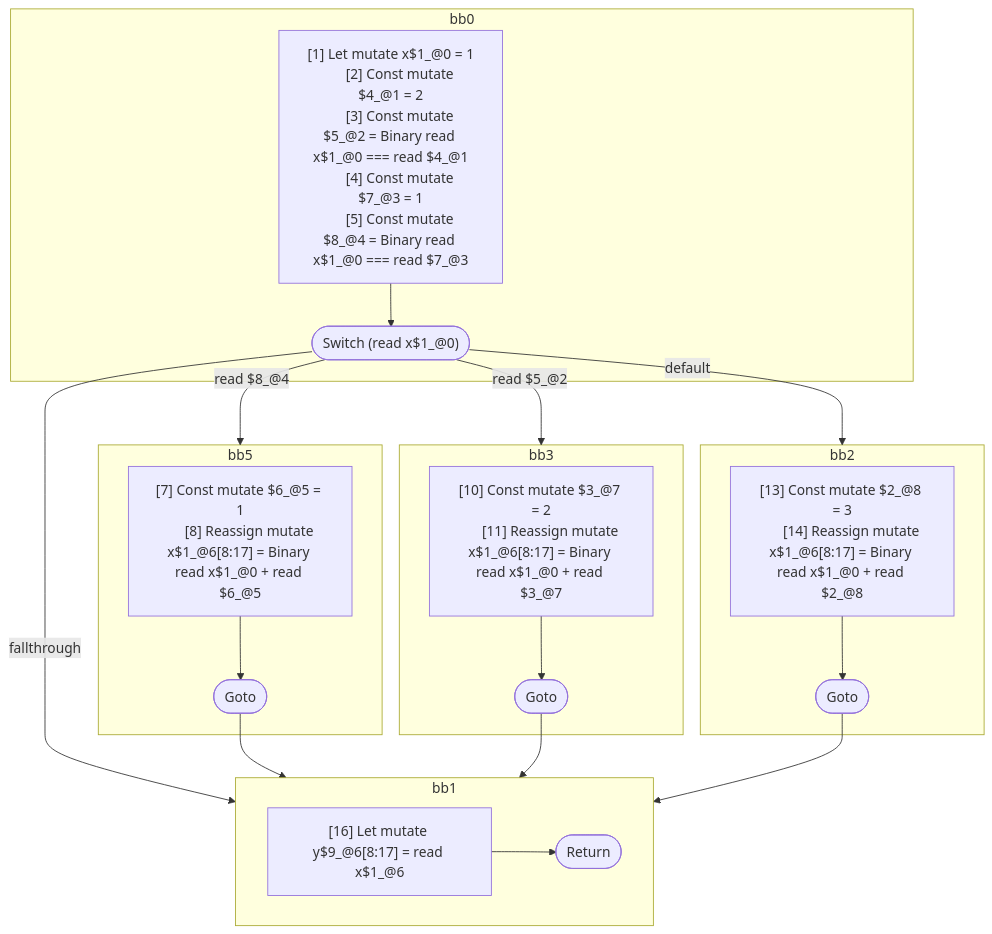
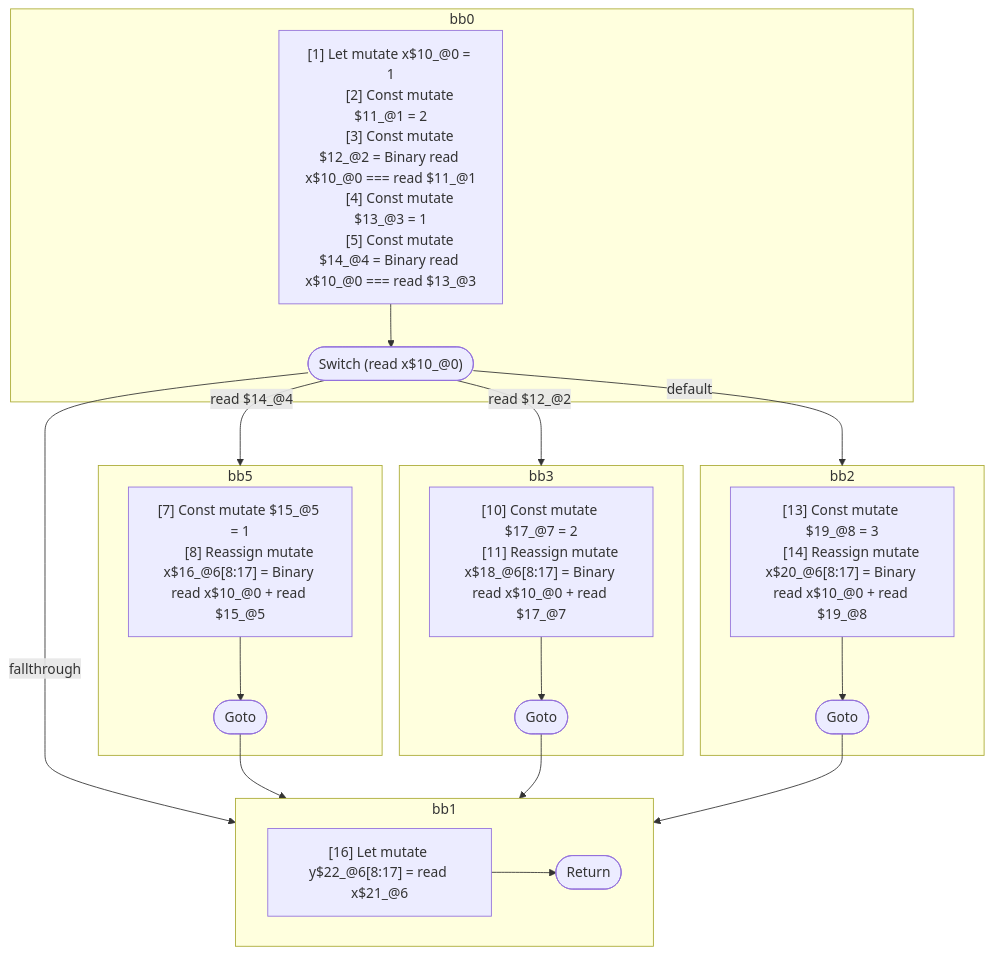
One commit to wutsmog/private changed the diagram in compiler/forget/src/__tests__/fixtures/hir/ssa-switch.expect.md. Above: the diagram before and after it, drawn with Mermaid. The commit also changed other lines of this file and 59 other files, not shown here.

````diff
--- a/compiler/forget/src/__tests__/fixtures/hir/ssa-switch.expect.md
+++ b/compiler/forget/src/__tests__/fixtures/hir/ssa-switch.expect.md
@@ -63,51 +64,51 @@
 ```mermaid
 flowchart TB
   %% Basic Blocks
   subgraph bb0
     bb0_instrs["
-      [1] Let mutate x$1_@0 = 1
-      [2] Const mutate $4_@1 = 2
-      [3] Const mutate $5_@2 = Binary read x$1_@0 === read $4_@1
-      [4] Const mutate $7_@3 = 1
-      [5] Const mutate $8_@4 = Binary read x$1_@0 === read $7_@3
+      [1] Let mutate x$10_@0 = 1
+      [2] Const mutate $11_@1 = 2
+      [3] Const mutate $12_@2 = Binary read x$10_@0 === read $11_@1
+      [4] Const mutate $13_@3 = 1
+      [5] Const mutate $14_@4 = Binary read x$10_@0 === read $13_@3
     "]
-    bb0_instrs --> bb0_terminal(["Switch (read x$1_@0)"])
+    bb0_instrs --> bb0_terminal(["Switch (read x$10_@0)"])
   end
   subgraph bb5
     bb5_instrs["
-      [7] Const mutate $6_@5 = 1
-      [8] Reassign mutate x$1_@6[8:17] = Binary read x$1_@0 + read $6_@5
+      [7] Const mutate $15_@5 = 1
+      [8] Reassign mutate x$16_@6[8:17] = Binary read x$10_@0 + read $15_@5
     "]
     bb5_instrs --> bb5_terminal(["Goto"])
   end
   subgraph bb3
     bb3_instrs["
-      [10] Const mutate $3_@7 = 2
-      [11] Reassign mutate x$1_@6[8:17] = Binary read x$1_@0 + read $3_@7
+      [10] Const mutate $17_@7 = 2
+      [11] Reassign mutate x$18_@6[8:17] = Binary read x$10_@0 + read $17_@7
     "]
     bb3_instrs --> bb3_terminal(["Goto"])
   end
   subgraph bb2
     bb2_instrs["
-      [13] Const mutate $2_@8 = 3
-      [14] Reassign mutate x$1_@6[8:17] = Binary read x$1_@0 + read $2_@8
+      [13] Const mutate $19_@8 = 3
+      [14] Reassign mutate x$20_@6[8:17] = Binary read x$10_@0 + read $19_@8
     "]
     bb2_instrs --> bb2_terminal(["Goto"])
   end
   subgraph bb1
     bb1_instrs["
-      [16] Let mutate y$9_@6[8:17] = read x$1_@6
+      [16] Let mutate y$22_@6[8:17] = read x$21_@6
     "]
     bb1_instrs --> bb1_terminal(["Return"])
   end
 
   %% Jumps
-  bb0_terminal -- "read $8_@4" --> bb5
-  bb0_terminal -- "read $5_@2" --> bb3
+  bb0_terminal -- "read $14_@4" --> bb5
+  bb0_terminal -- "read $12_@2" --> bb3
   bb0_terminal -- "default" --> bb2
   bb0_terminal -- "fallthrough" --> bb1
   bb5_terminal --> bb1
   bb3_terminal --> bb1
   bb2_terminal --> bb1
 
 ```
````
